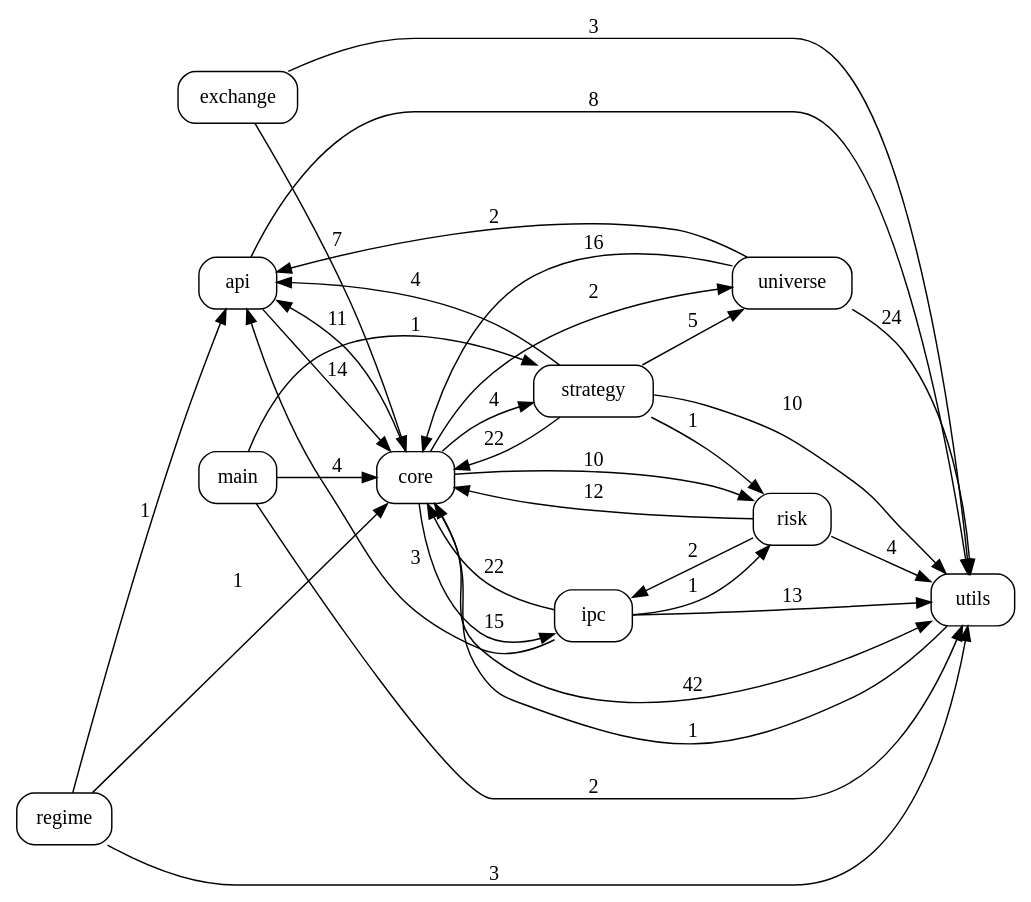
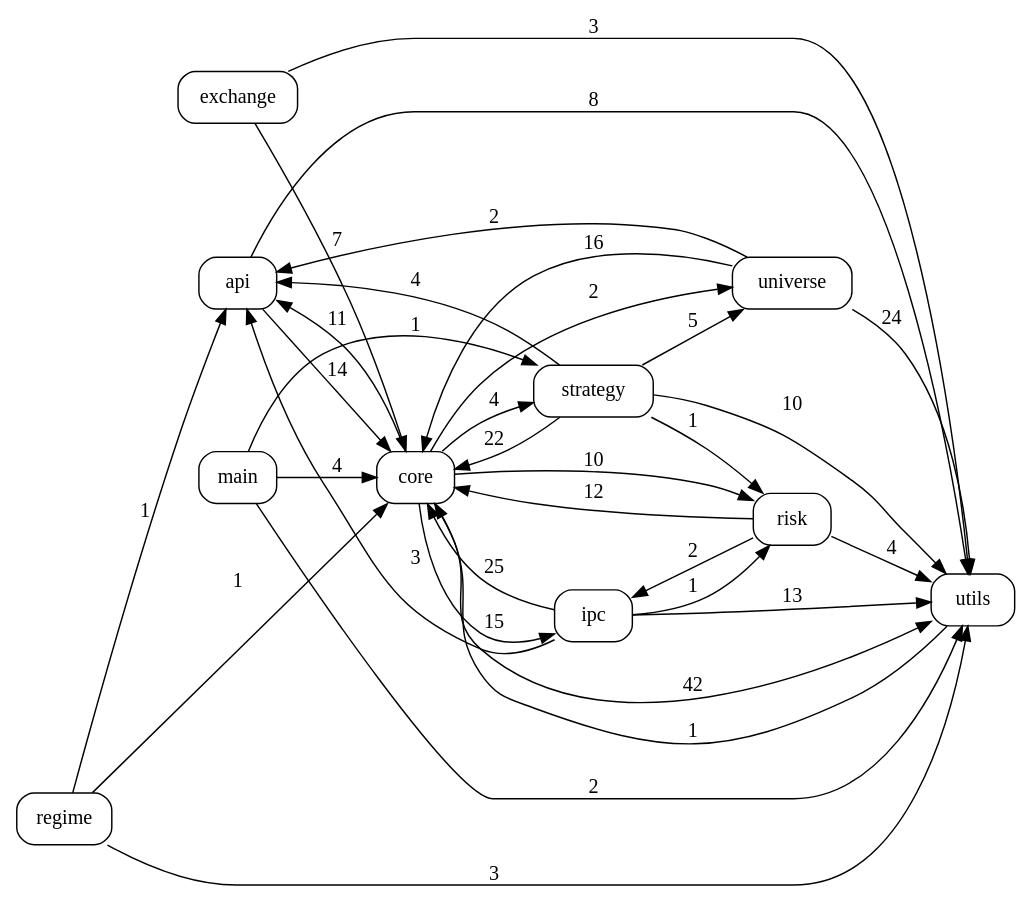
The diagram in docs/code_graph.dot (pypy8171/Quant), drawn with Graphviz before and after one commit. The commit also changed 26 other files, not shown here.

```diff
--- a/docs/code_graph.dot
+++ b/docs/code_graph.dot
@@ -1,46 +1,46 @@
 digraph code_graph {
   rankdir=LR;
   node [shape=box, style=rounded, fontname="Consolas"];
   "api";
   "core";
   "exchange";
   "ipc";
   "main";
   "regime";
   "risk";
   "strategy";
   "universe";
   "utils";
   "api" -> "core" [label="14"];
   "api" -> "utils" [label="8"];
   "core" -> "api" [label="11"];
   "core" -> "ipc" [label="15"];
   "core" -> "risk" [label="10"];
   "core" -> "strategy" [label="4"];
   "core" -> "universe" [label="2"];
   "core" -> "utils" [label="42"];
   "exchange" -> "core" [label="7"];
   "exchange" -> "utils" [label="3"];
   "ipc" -> "api" [label="3"];
-  "ipc" -> "core" [label="22"];
+  "ipc" -> "core" [label="25"];
   "ipc" -> "risk" [label="1"];
   "ipc" -> "utils" [label="13"];
   "main" -> "core" [label="4"];
   "main" -> "strategy" [label="1"];
   "main" -> "utils" [label="2"];
   "regime" -> "api" [label="1"];
   "regime" -> "core" [label="1"];
   "regime" -> "utils" [label="3"];
   "risk" -> "core" [label="12"];
   "risk" -> "ipc" [label="2"];
   "risk" -> "utils" [label="4"];
   "strategy" -> "api" [label="4"];
   "strategy" -> "core" [label="22"];
   "strategy" -> "risk" [label="1"];
   "strategy" -> "universe" [label="5"];
   "strategy" -> "utils" [label="10"];
   "universe" -> "api" [label="2"];
   "universe" -> "core" [label="16"];
   "universe" -> "utils" [label="24"];
   "utils" -> "core" [label="1"];
 }
```
